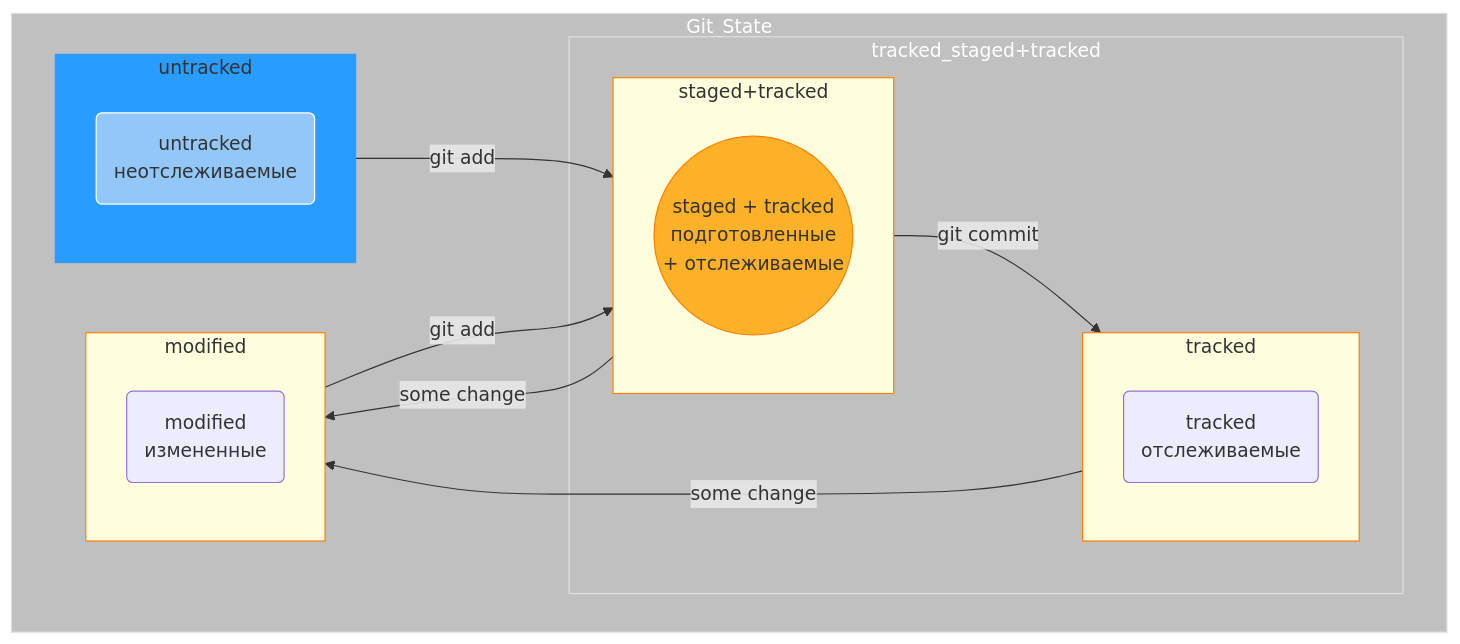
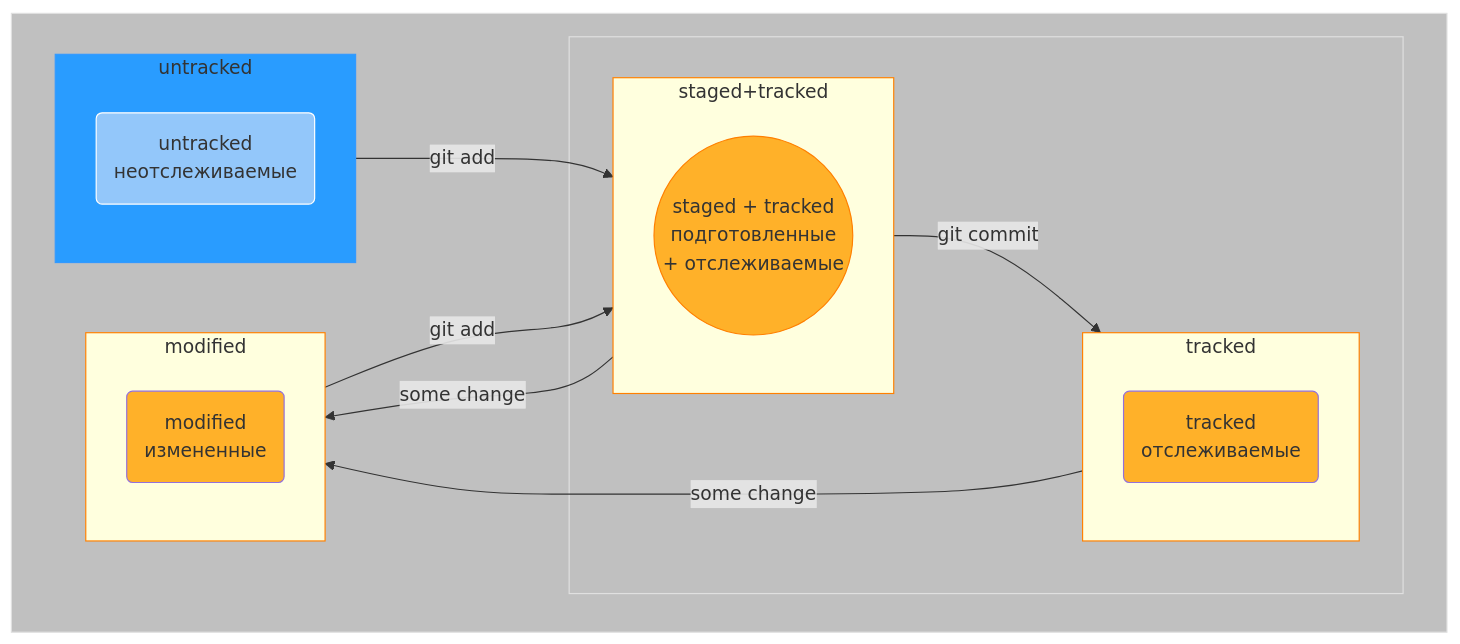
One commit to AleksandrVakarin/GitInstructionMermaid changed the diagram in README.md. Above: the diagram before and after it, drawn with Mermaid.

Commit message:
Изменить границу, изменить цвет границ для диаграммы

````diff
--- a/README.md
+++ b/README.md
@@ -93,52 +93,54 @@
 ```mermaid
 flowchart TD;
 	
 	stgd((staged + tracked<br>подготовленные<br> + отслеживаемые))
 	mdf(modified<br>измененные)
 	untr(untracked<br>неотслеживаемые)
 	trcd(tracked<br>отслеживаемые)
 
 
 	subgraph Git_State
 
 		subgraph untracked
 			untr
 		end
 
 		subgraph tracked_staged+tracked
 
 			subgraph tracked
 				trcd
 			end
 
 			subgraph staged+tracked
 				stgd
 			end
 
 		end
 
 		untracked-- git add -->staged+tracked
 		modified-- git add -->staged+tracked
 		staged+tracked-- some change -->modified
 		staged+tracked-- git commit -->tracked
 		tracked-- some change -->modified
 
 		subgraph modified
 			mdf
 		end
 
 	end
 
 	style Git_State fill: #C0C0C0, stroke: #E0E0E0
 	style stgd fill: #FFB129, stroke: #FF8000
+	style mdf fill: #FFB129
+	style trcd fill: #FFB129
 	style untr fill: #93C7FA, stroke: #FFFFFF
 	style untracked fill: #299CFF, stroke: #3399FF
 	style tracked stroke: #FF8000
 	style tracked_staged+tracked stroke: #E0E0E0, fill: #C0C0C0
 	style staged+tracked stroke: #FF8000
 	style modified stroke: #FF8000
 
-	style Git_State color: #FFFFFF
-	style tracked_staged+tracked color: #FFFFFF
+	style Git_State color: #C0C0C0
+	style tracked_staged+tracked color: #C0C0C0
 
 ```
````
